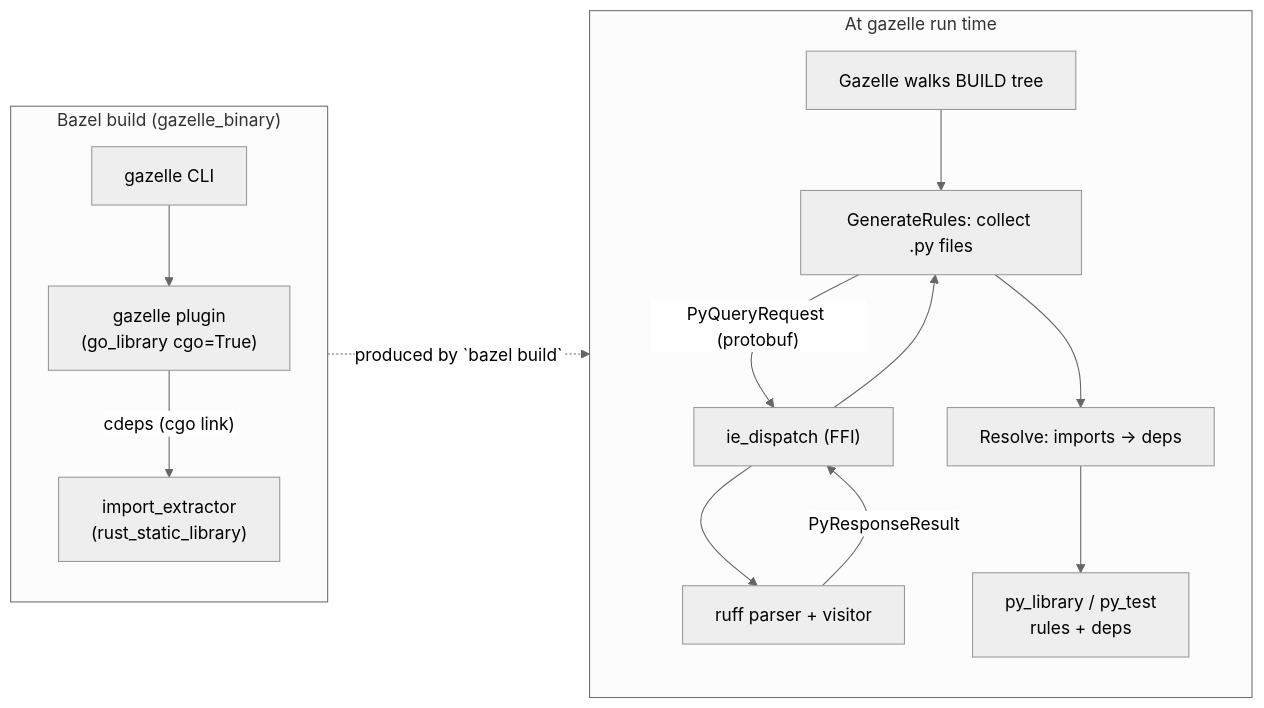
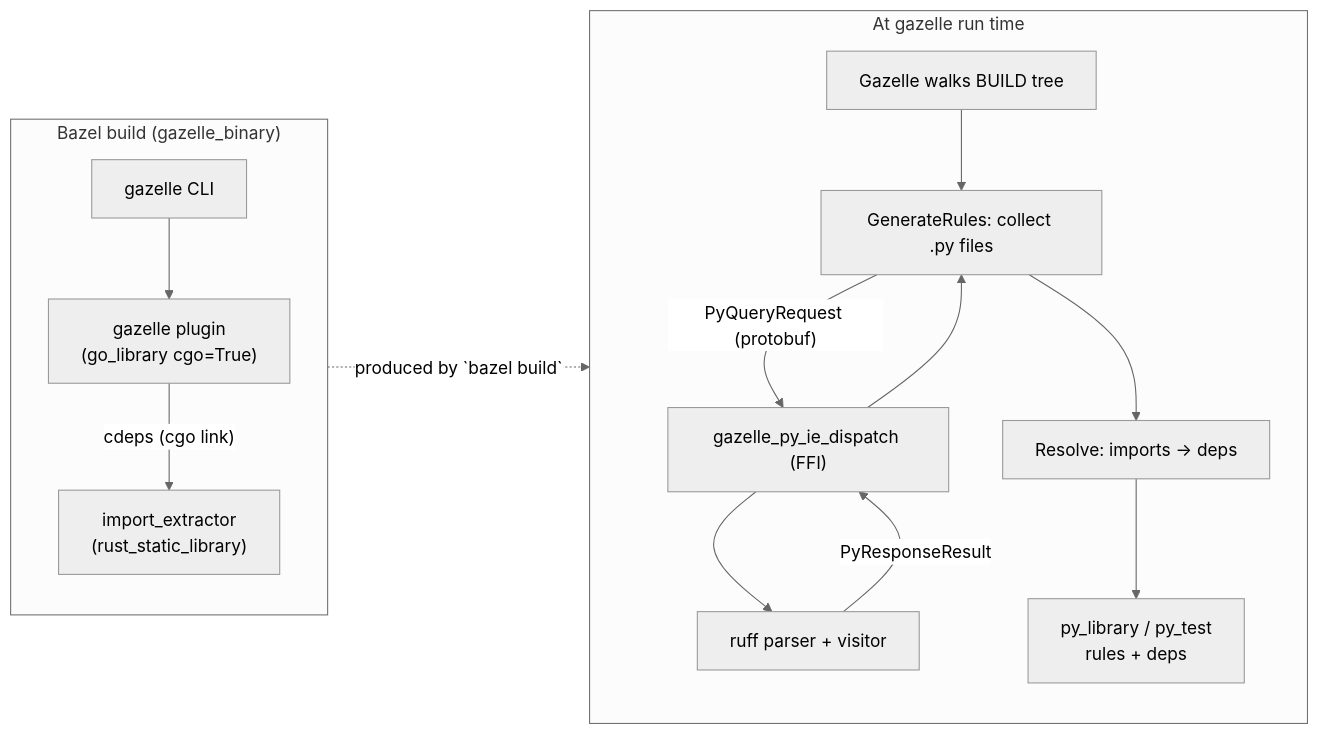
One commit to perplexityai/gazelle_py changed the first of 3 diagrams in README.md. Above: the diagram before and after it, drawn with Mermaid (neutral theme). The commit also changed other lines of this file and 5 other files, not shown here.

````diff
--- a/README.md
+++ b/README.md
@@ -22,30 +22,30 @@
 ```mermaid
 flowchart LR
     subgraph Bazel["Bazel build (gazelle_binary)"]
         direction TB
         gz["gazelle CLI"]
         gobin["gazelle plugin\n(go_library cgo=True)"]
         rsstatic["import_extractor\n(rust_static_library)"]
         gz --> gobin
         gobin -- "cdeps (cgo link)" --> rsstatic
     end
 
     subgraph Run["At gazelle run time"]
         direction TB
         walk["Gazelle walks BUILD tree"]
         gen["GenerateRules: collect .py files"]
-        ffi["ie_dispatch (FFI)"]
+        ffi["gazelle_py_ie_dispatch (FFI)"]
         ruff["ruff parser + visitor"]
         resolve["Resolve: imports → deps"]
 
         walk --> gen
         gen -- "PyQueryRequest (protobuf)" --> ffi
         ffi --> ruff
         ruff -- "PyResponseResult" --> ffi
         ffi --> gen
         gen --> resolve
         resolve --> output["py_library / py_test\nrules + deps"]
     end
 
     Bazel -. "produced by `bazel build`" .-> Run
 ```
````
